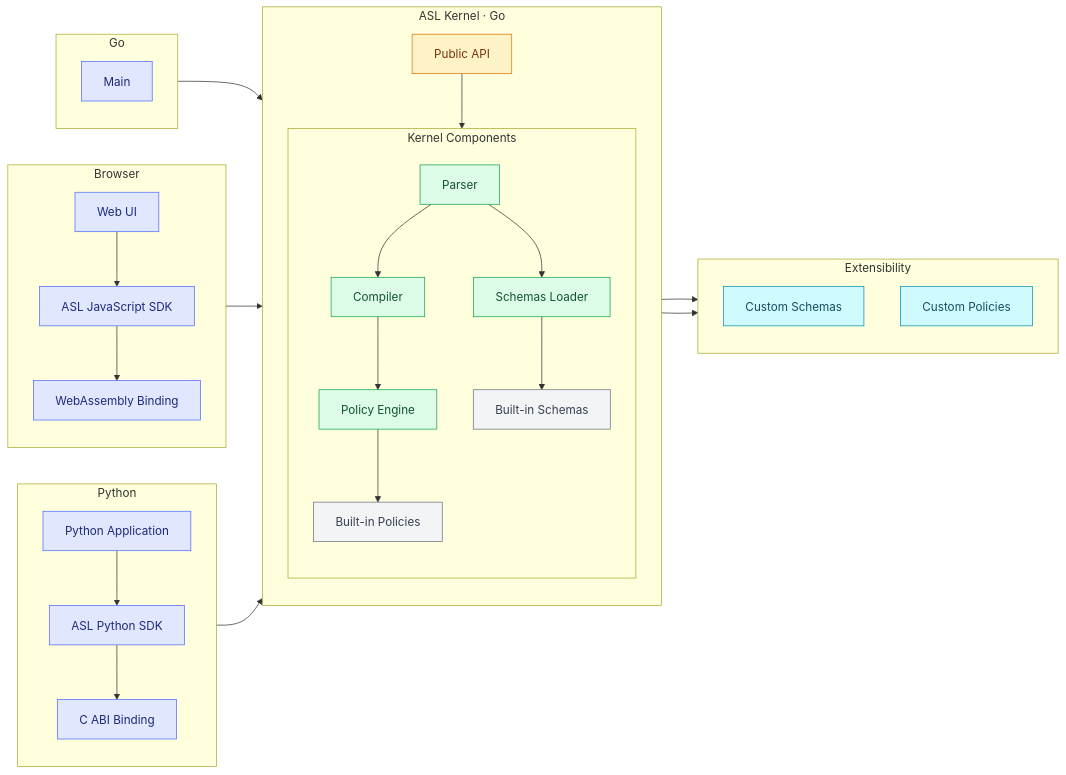
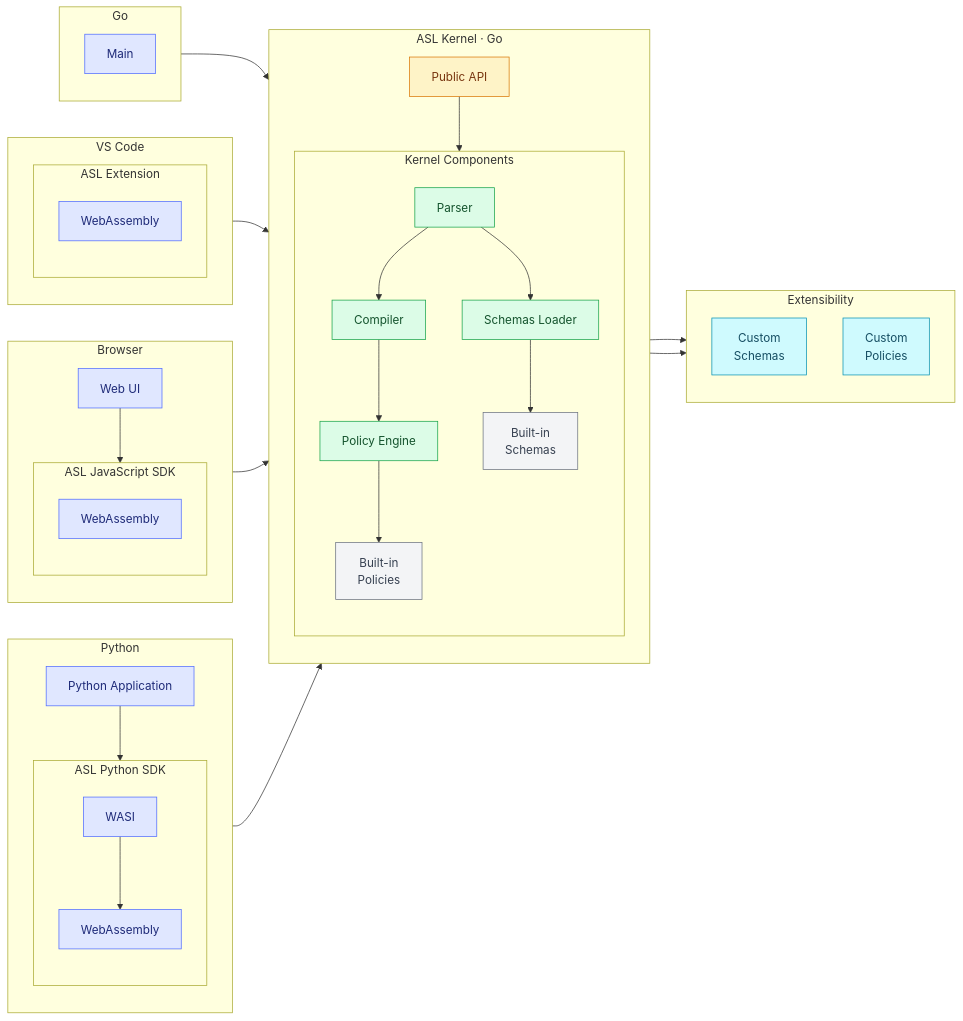
The second of 2 diagrams in docs/architecture.md (margato/asl-docs), drawn with Mermaid before and after one commit. The commit also changed other lines of this file and 1 other file, not shown here.

Commit message:
docs: show SDKs wrapping WebAssembly in the architecture diagram
Group WASI and WebAssembly inside the Python SDK, WebAssembly inside
the JavaScript SDK and the VS Code extension, so the user sees the SDK
absorbing the integration. Straighten the Custom Policies arrow.

```diff
--- a/docs/architecture.md
+++ b/docs/architecture.md
@@ -57,8 +57,8 @@
 flowchart LR
     subgraph EXT["Extensibility"]
         direction TB
-        SCHEMA_FILES["Custom Schemas"]
-        POLICY_FILES["Custom Policies"]
+        SCHEMA_FILES["Custom<br/>Schemas"]
+        POLICY_FILES["Custom<br/>Policies"]
     end
 
     subgraph KERNEL["ASL Kernel · Go"]
@@ -70,9 +70,9 @@
             PARSER["Parser"]
             COMPILER["Compiler"]
             SCHEMAS["Schemas Loader"]
+            BUILTIN_S["Built-in<br/>Schemas"]
             POLICIES["Policy Engine"]
-            BUILTIN_S["Built-in Schemas"]
-            BUILTIN_P["Built-in Policies"]
+            BUILTIN_P["Built-in<br/>Policies"]
         end
 
         API --> PARSER
@@ -81,19 +81,37 @@
     subgraph PYTHON["Python"]
         direction TB
         PY["Python Application"]
-        PYSDK["ASL Python SDK"]
-        ABI["C ABI Binding"]
 
-        PY --> PYSDK --> ABI
+        subgraph PYSDK["ASL Python SDK"]
+            direction TB
+            WASI["WASI"]
+            PYWASM["WebAssembly"]
+
+            WASI --> PYWASM
+        end
+
+        PY --> WASI
     end
 
     subgraph BROWSER["Browser"]
         direction TB
         WEB["Web UI"]
-        JSSDK["ASL JavaScript SDK"]
-        WASM["WebAssembly Binding"]
 
-        WEB --> JSSDK --> WASM
+        subgraph JSSDK["ASL JavaScript SDK"]
+            direction TB
+            JSWASM["WebAssembly"]
+        end
+
+        WEB --> JSWASM
+    end
+
+    subgraph VSCODE["VS Code"]
+        direction TB
+
+        subgraph VSCEXT["ASL Extension"]
+            direction TB
+            VSCWASM["WebAssembly"]
+        end
     end
 
     subgraph GOAPP["Go"]
@@ -112,8 +130,9 @@
     SCHEMAS --> SCHEMA_FILES
     POLICIES --> POLICY_FILES
 
-    ABI --> API
-    WASM --> API
+    PYWASM --> API
+    JSWASM --> API
+    VSCWASM --> API
     GO --> API
 
 
@@ -123,7 +142,7 @@
     classDef extension fill:#cffafe,stroke:#0891b2,color:#164e63
     classDef builtin fill:#f3f4f6,stroke:#6b7280,color:#374151
 
-    class PY,PYSDK,ABI,WEB,JSSDK,WASM,GO,GOLIB adapter
+    class PY,WASI,PYWASM,WEB,JSWASM,VSCWASM,GO,GOLIB adapter
     class PARSER,COMPILER,SCHEMAS,POLICIES core
     class API api
     class SCHEMA_FILES,POLICY_FILES extension
```
